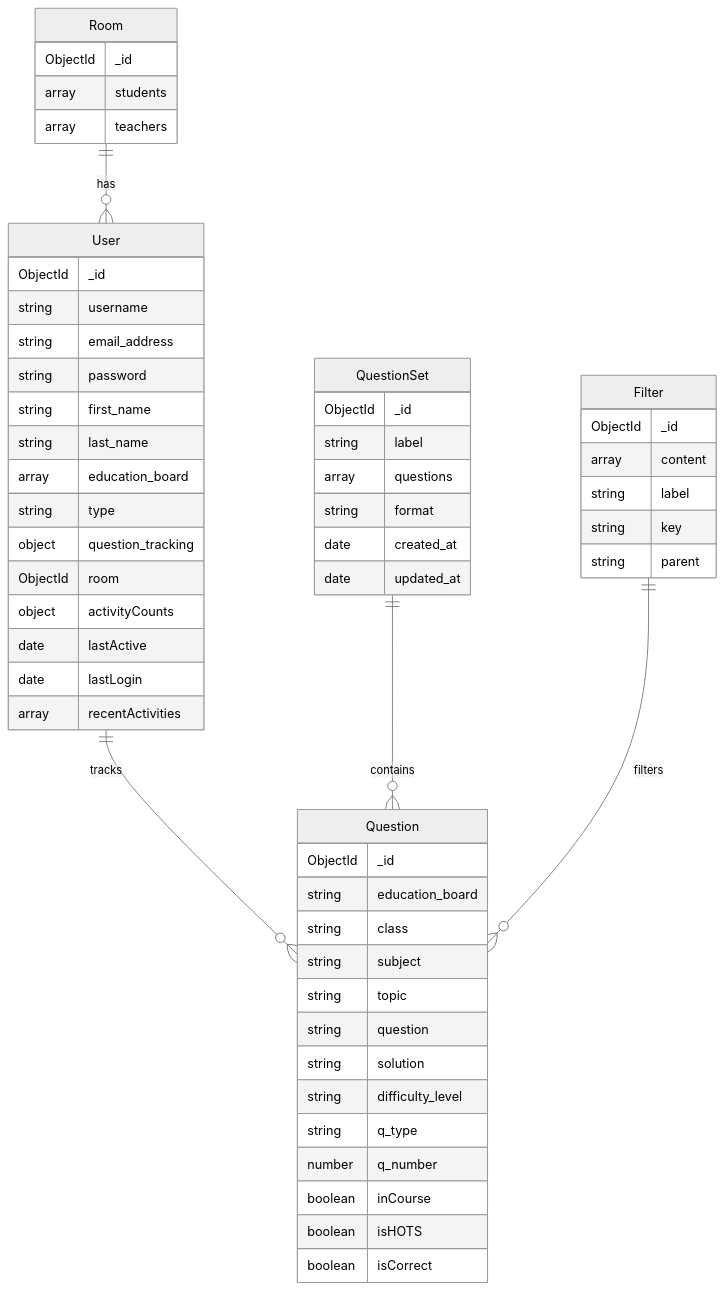
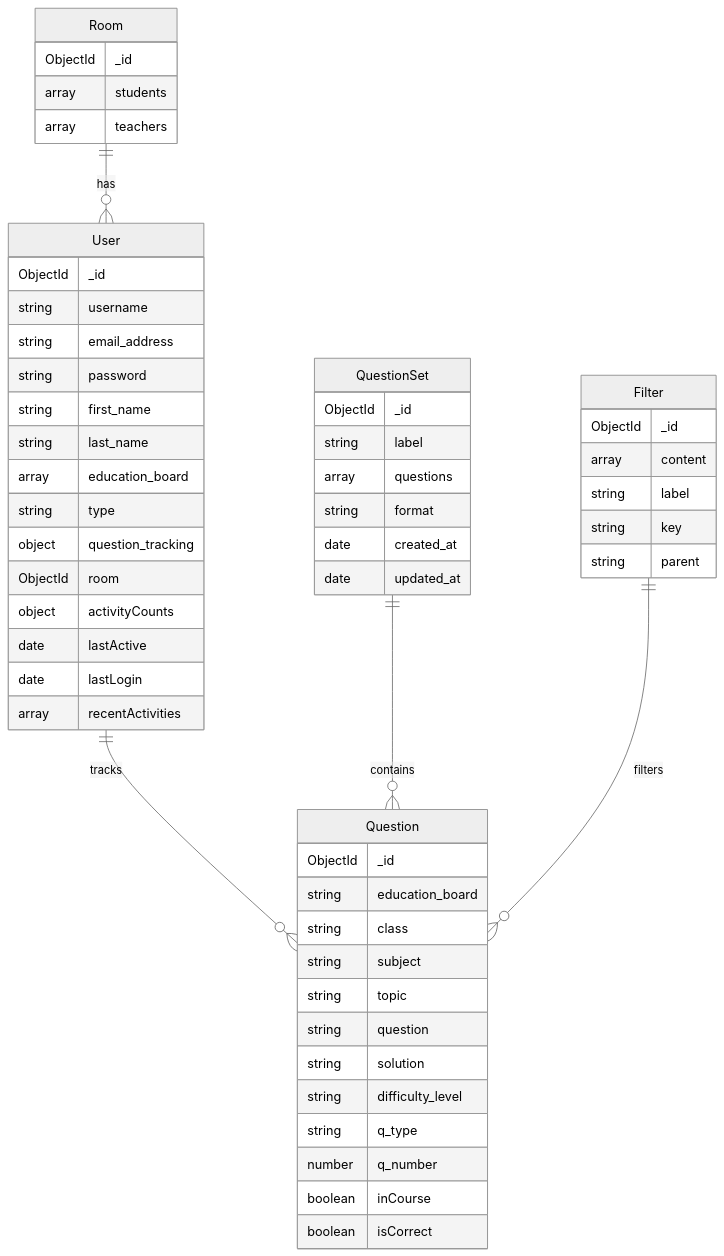
Before and after one commit to VladC12/aiva-learning-platform: the diagram in docs/data-layer-legacy.md, drawn with Mermaid (neutral theme). The commit also changed 14 other files, not shown here.

````diff
--- a/docs/data-layer-legacy.md
+++ b/docs/data-layer-legacy.md
@@ -8,63 +8,62 @@
 ```mermaid
 erDiagram
     User {
         ObjectId _id
         string username
         string email_address
         string password
         string first_name
         string last_name
         array education_board
         string type
         object question_tracking
         ObjectId room
         object activityCounts
         date lastActive
         date lastLogin
         array recentActivities
     }
 
     Question {
         ObjectId _id
         string education_board
         string class
         string subject
         string topic
         string question
         string solution
         string difficulty_level
         string q_type
         number q_number
         boolean inCourse
-        boolean isHOTS
         boolean isCorrect
     }
 
     QuestionSet {
         ObjectId _id
         string label
         array questions
         string format
         date created_at
         date updated_at
     }
 
     Room {
         ObjectId _id
         array students
         array teachers
     }
 
     Filter {
         ObjectId _id
         array content
         string label
         string key
         string parent
     }
 
     User ||--o{ Question : "tracks"
     QuestionSet ||--o{ Question : "contains"
     Room ||--o{ User : "has"
     Filter ||--o{ Question : "filters"
 ```
````
